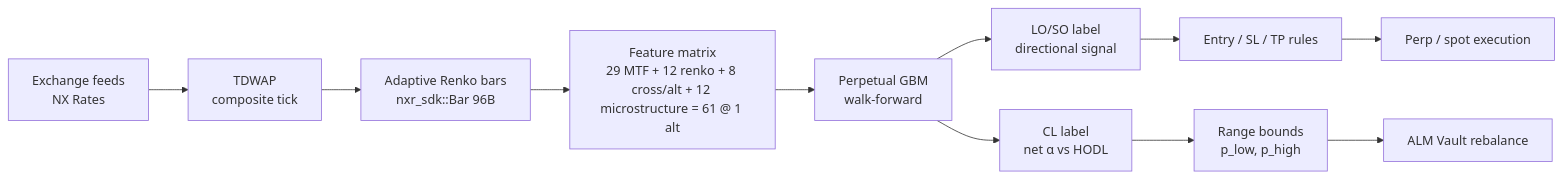
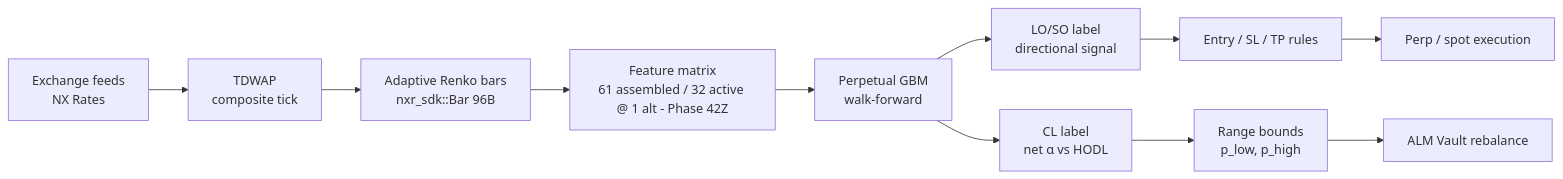
One commit to btr-protocol/docs changed the diagram in prime/00. Overview.md. Above: the diagram before and after it, drawn with Mermaid. The commit also changed other lines of this file and 5 other files, not shown here.

First line of the commit message:
docs(prime): Phase 42Z — feature compression PRODUCTION-LOCKED (32 active)

````diff
--- a/prime/00. Overview.md
+++ b/prime/00. Overview.md
@@ -31,13 +31,13 @@
 ```mermaid
 flowchart LR
   A[Exchange feeds<br/>NX Rates] --> B[TDWAP<br/>composite tick]
   B --> C[Adaptive Renko bars<br/>nxr_sdk::Bar 96B]
-  C --> D[Feature matrix<br/>29 MTF + 12 renko + 8 cross/alt + 12 microstructure = 61 @ 1 alt]
+  C --> D[Feature matrix<br/>61 assembled / 32 active @ 1 alt - Phase 42Z]
   D --> E[Perpetual GBM<br/>walk-forward]
   E --> F1[LO/SO label<br/>directional signal]
   E --> F2[CL label<br/>net α vs HODL]
   F1 --> G1[Entry / SL / TP rules]
   F2 --> G2[Range bounds<br/>p_low, p_high]
   G1 --> H1[Perp / spot execution]
   G2 --> H2[ALM Vault rebalance]
 ```
````
